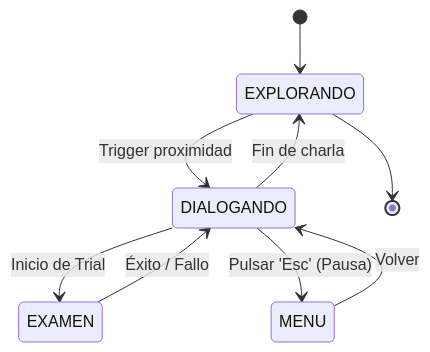
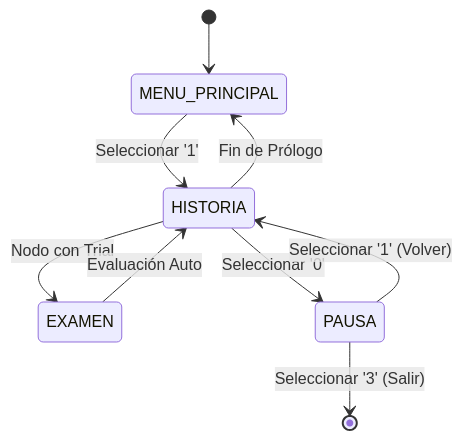
The second of 3 diagrams in README.md (JoseEstevez520/Intentia), drawn with Mermaid before and after one commit. The commit also changed other lines of this file, not shown here.

````diff
--- a/README.md
+++ b/README.md
@@ -52,11 +51,11 @@
 ```mermaid
 stateDiagram-v2
-    [*] --> EXPLORANDO
-    EXPLORANDO --> DIALOGANDO: Trigger proximidad
-    DIALOGANDO --> EXAMEN: Inicio de Trial
-    EXAMEN --> DIALOGANDO: Éxito / Fallo
-    DIALOGANDO --> MENU: Pulsar 'Esc' (Pausa)
-    MENU --> DIALOGANDO: Volver
-    DIALOGANDO --> EXPLORANDO: Fin de charla
-    EXPLORANDO --> [*]
+    [*] --> MENU_PRINCIPAL
+    MENU_PRINCIPAL --> HISTORIA: Seleccionar '1'
+    HISTORIA --> EXAMEN: Nodo con Trial
+    EXAMEN --> HISTORIA: Evaluación Auto
+    HISTORIA --> PAUSA: Seleccionar '0'
+    PAUSA --> HISTORIA: Seleccionar '1' (Volver)
+    PAUSA --> [*]: Seleccionar '3' (Salir)
+    HISTORIA --> MENU_PRINCIPAL: Fin de Prólogo
 ```
````
